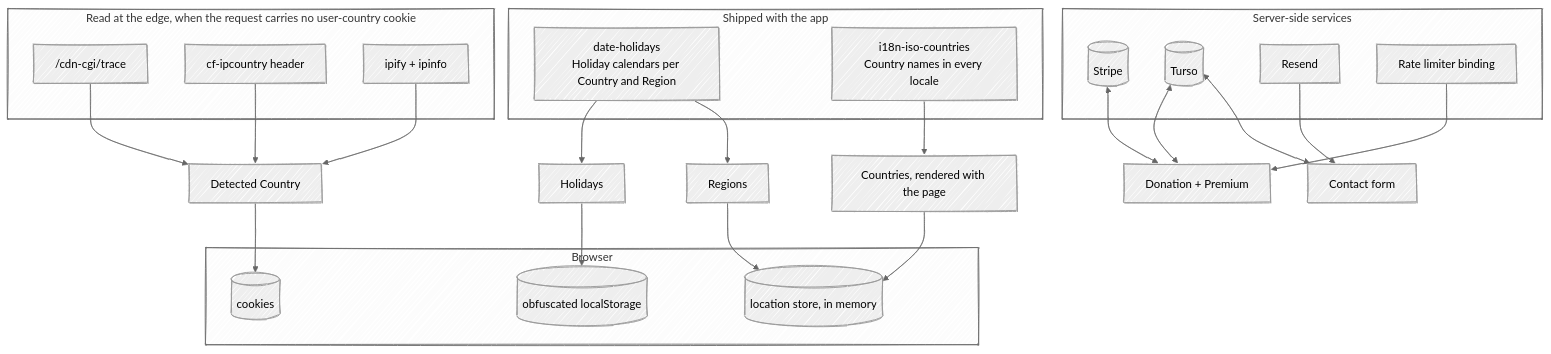
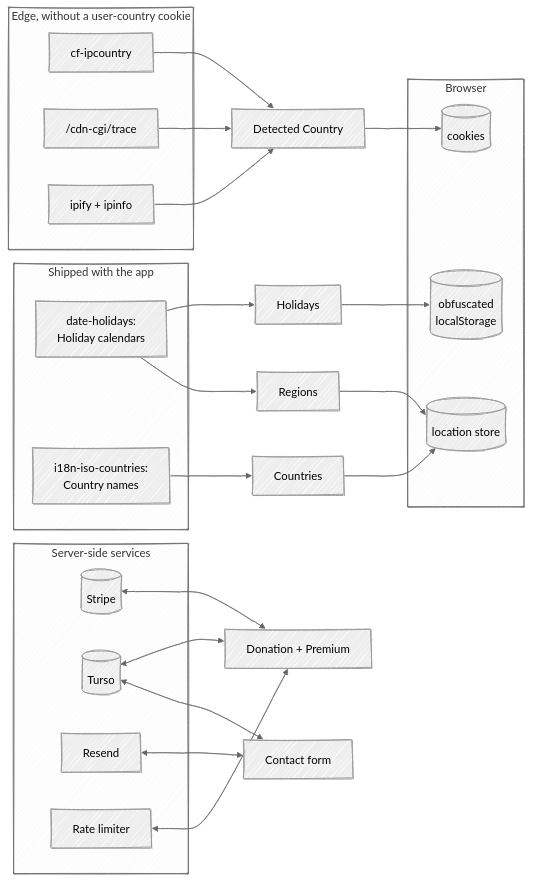
One commit to fbuireu/forever-pto changed the diagram in apps/docs/src/content/docs/how-it-works/data-sources.mdx. Above: the diagram before and after it, drawn with Mermaid (neutral theme). The commit also changed other lines of this file and 16 other files, not shown here.

First line of the commit message:
docs(docs): fix how-it-works drift and rework the diagrams to read at column width

````diff
--- a/apps/docs/src/content/docs/how-it-works/data-sources.mdx
+++ b/apps/docs/src/content/docs/how-it-works/data-sources.mdx
@@ -13,40 +13,34 @@
 ```mermaid
 ---
 config:
   look: handDrawn
   layout: dagre
 ---
-flowchart TB
+flowchart LR
   subgraph bundle [Shipped with the app]
-    DH[date-holidays<br/>Holiday calendars per Country and Region]
-    ISO[i18n-iso-countries<br/>Country names in every locale]
+    DH["date-holidays:<br/>Holiday calendars"]
+    ISO["i18n-iso-countries:<br/>Country names"]
   end
-  subgraph edge [Read at the edge, when the request carries no user-country cookie]
+  subgraph edge [Edge, without a user-country cookie]
+    HDR[cf-ipcountry]
     TRACE["/cdn-cgi/trace"]
-    HDR[cf-ipcountry header]
     IPAPI[ipify + ipinfo]
   end
   subgraph browser [Browser]
-    LS[(obfuscated localStorage)]
+    LS[(obfuscated<br/>localStorage)]
     CK[(cookies)]
-    MEM[(location store, in memory)]
+    MEM[(location store)]
   end
   subgraph server [Server-side services]
     STRIPE[(Stripe)]
     TURSO[(Turso)]
     RESEND[Resend]
-    RL[Rate limiter binding]
+    RL[Rate limiter]
   end
-  DH --> HOL[Holidays]
-  DH --> REG[Regions]
-  ISO --> CTRY["Countries, rendered with the page"]
-  TRACE & HDR & IPAPI --> LOC[Detected Country]
-  LOC --> CK
-  HOL --> LS
-  REG & CTRY --> MEM
-  STRIPE <--> PAY[Donation + Premium]
-  TURSO <--> PAY
-  RL --> PAY
-  RESEND --> MAIL[Contact form]
-  TURSO <--> MAIL
+  DH --> HOL[Holidays] --> LS
+  DH --> REG[Regions] --> MEM
+  ISO --> CTRY[Countries] --> MEM
+  HDR & TRACE & IPAPI --> LOC[Detected Country] --> CK
+  STRIPE & TURSO & RL <--> PAY[Donation + Premium]
+  RESEND & TURSO <--> MAIL[Contact form]
 ```
````
